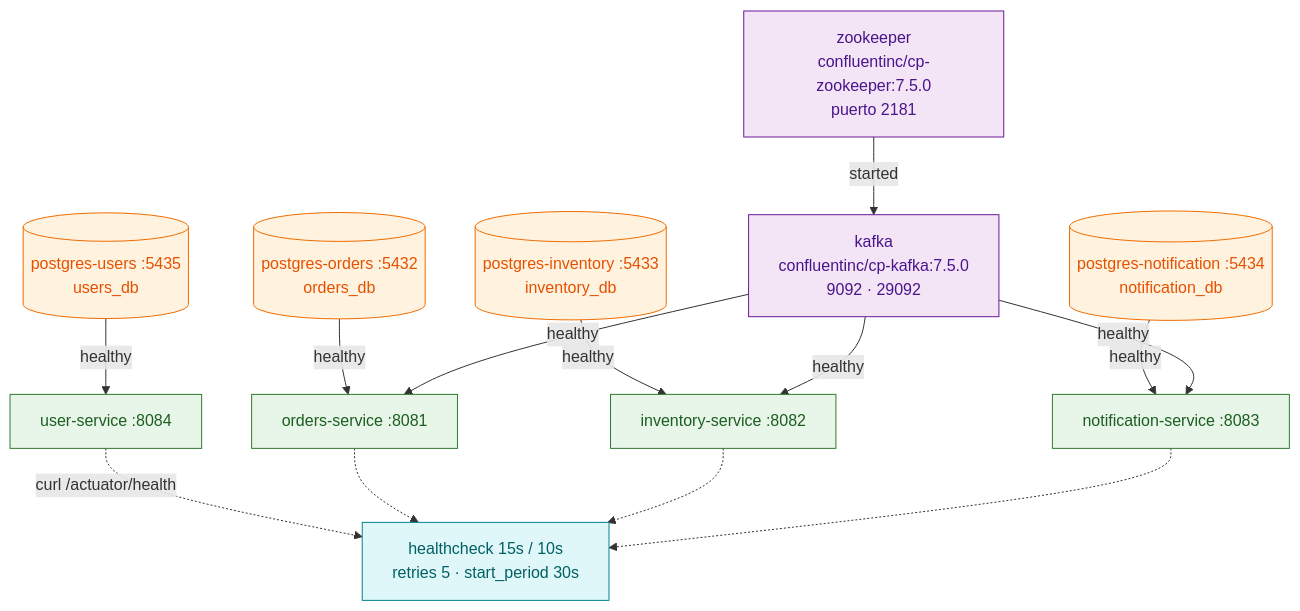
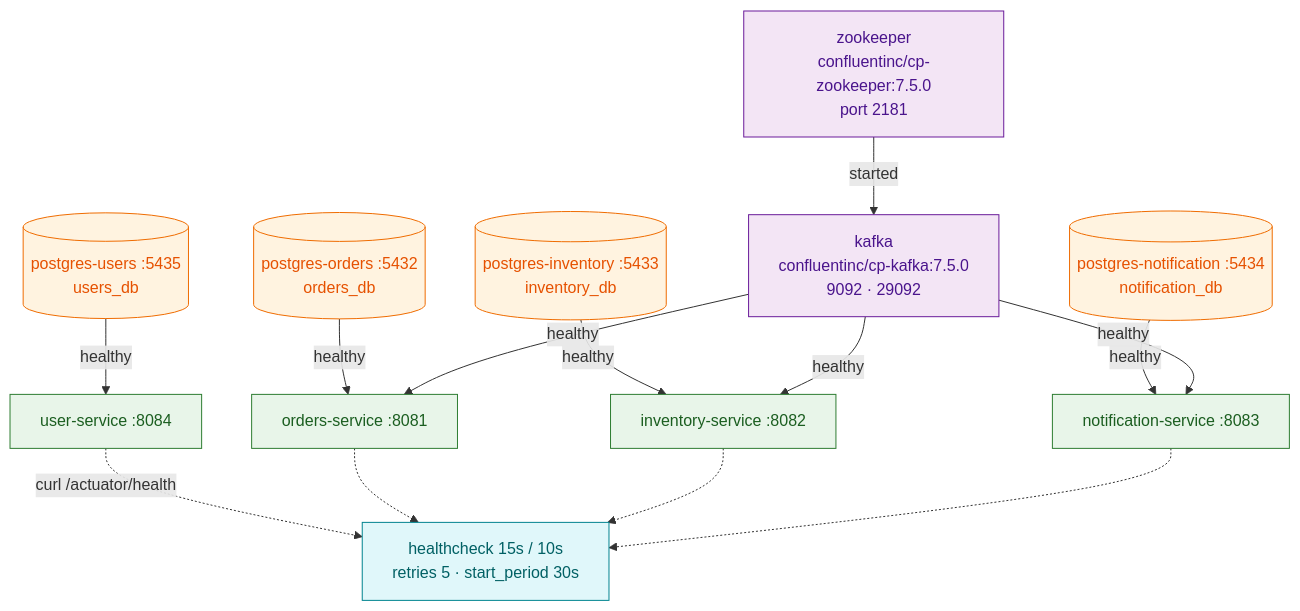
One commit to carlosgarcia-tech/order-flow changed the sixth of 31 diagrams in README.md. Above: the diagram before and after it, drawn with Mermaid. The commit also changed other lines of this file, not shown here.

````diff
--- a/README.md
+++ b/README.md
@@ -279,28 +279,28 @@
 ```mermaid
 flowchart TD
     classDef db fill:#fff3e0,stroke:#ef6c00,color:#e65100
     classDef bus fill:#f3e5f5,stroke:#6a1b9a,color:#4a148c
     classDef app fill:#e8f5e9,stroke:#2e7d32,color:#1b5e20
     classDef health fill:#e0f7fa,stroke:#00838f,color:#006064
 
-    ZK["zookeeper<br/>confluentinc/cp-zookeeper:7.5.0<br/>puerto 2181"]:::bus
+    ZK["zookeeper<br/>confluentinc/cp-zookeeper:7.5.0<br/>port 2181"]:::bus
     K["kafka<br/>confluentinc/cp-kafka:7.5.0<br/>9092 · 29092"]:::bus
     PU[("postgres-users :5435<br/>users_db")]:::db
     PO[("postgres-orders :5432<br/>orders_db")]:::db
     PI[("postgres-inventory :5433<br/>inventory_db")]:::db
     PN[("postgres-notification :5434<br/>notification_db")]:::db
 
     ZK -->|"started"| K
     PU -->|"healthy"| US["user-service :8084"]:::app
     PO -->|"healthy"| OS["orders-service :8081"]:::app
     K -->|"healthy"| OS
     PI -->|"healthy"| IS["inventory-service :8082"]:::app
     K -->|"healthy"| IS
     PN -->|"healthy"| NS["notification-service :8083"]:::app
     K -->|"healthy"| NS
 
     US -.->|"curl /actuator/health"| H1["healthcheck 15s / 10s<br/>retries 5 · start_period 30s"]:::health
     OS -.-> H1
     IS -.-> H1
     NS -.-> H1
 ```
````
